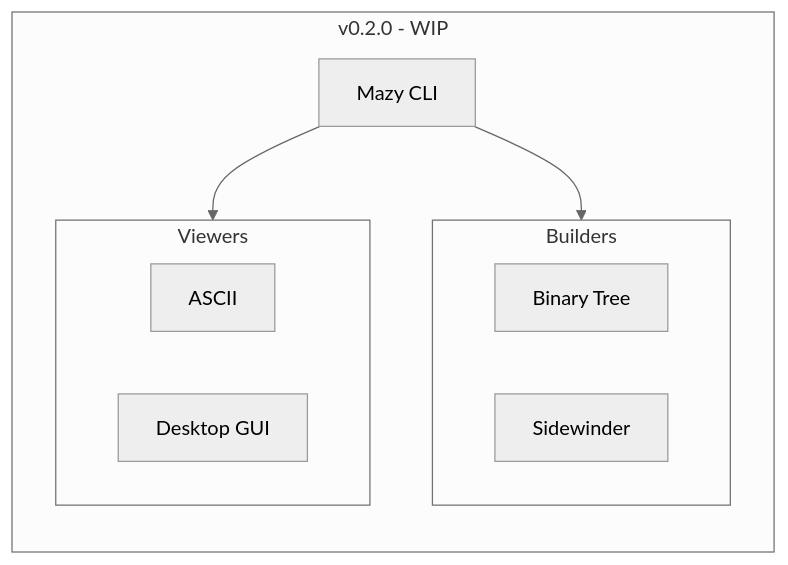
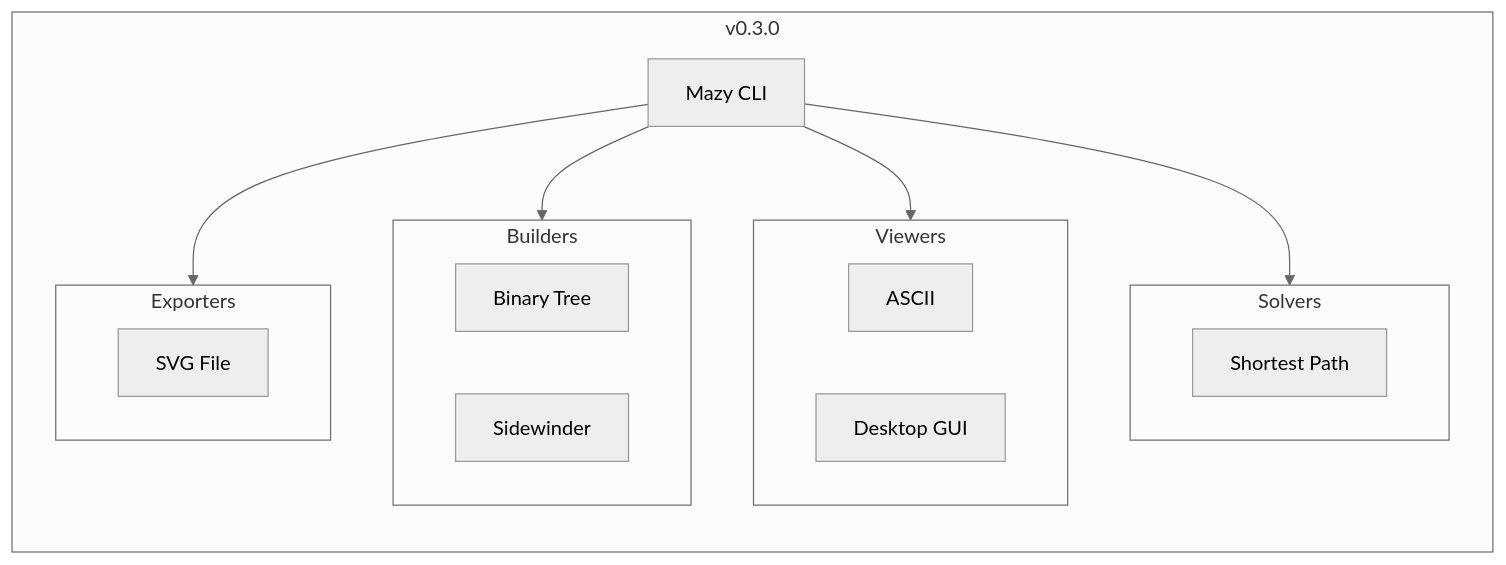
One commit to correialc/mazy changed the second of 2 diagrams in README.md. Above: the diagram before and after it, drawn with Mermaid (neutral theme). The commit also changed other lines of this file and 2 other files, not shown here.

Commit message:
Release v0.2.0 preparation - Remove flake8 config file - Update README - Fix flaky test

````diff
--- a/README.md
+++ b/README.md
@@ -46,24 +53,36 @@
 ```mermaid
 flowchart LR
     CLI[Mazy CLI]
     BTG[Binary Tree]
     SW[Sidewinder]
-        
+    DIJK[Shortest Path]
+
     ASC[ASCII]
     DESK[Desktop GUI]
+    SVG[SVG File]
 
-    subgraph MVP1[v0.2.0 - WIP]
+    subgraph MVP[v0.3.0]
         subgraph Builders
             BTG
             SW 
         end
 
         subgraph Viewers
             ASC
             DESK
         end
 
+        subgraph Solvers
+            DIJK
+        end
+
+        subgraph Exporters
+            SVG
+        end
+
         CLI-->Builders
         CLI-->Viewers
+        CLI-->Solvers
+        CLI-->Exporters
     end
 ```
````
